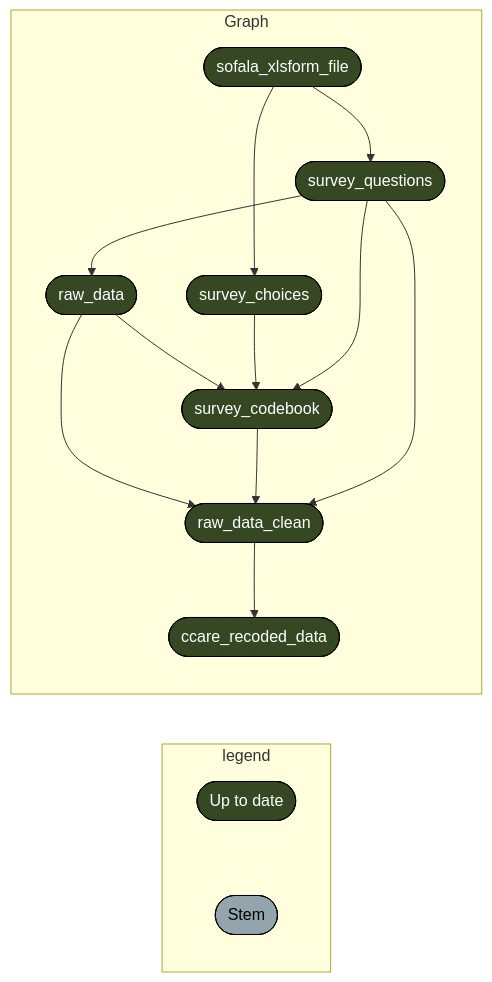
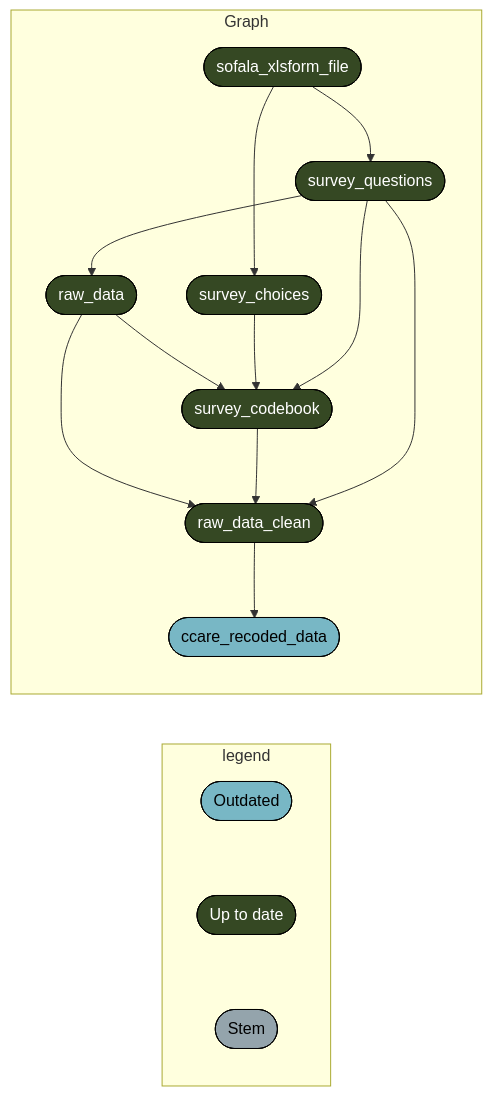
One commit to katilingban/mozambique-s3m changed the fourth of 5 diagrams in README.md. Above: the diagram before and after it, drawn with Mermaid. The commit also changed other lines of this file and 4 other files, not shown here.

````diff
--- a/README.md
+++ b/README.md
@@ -127,21 +127,24 @@
 ``` mermaid
 graph LR
   subgraph legend
+    x0a52b03877696646([""Outdated""]):::outdated --- x7420bd9270f8d27d([""Up to date""]):::uptodate
     x7420bd9270f8d27d([""Up to date""]):::uptodate --- xbf4603d6c2c2ad6b([""Stem""]):::none
   end
   subgraph Graph
+    x136e4e85e6851637(["raw_data"]):::uptodate --> xfcfc1959dbba8ed3(["survey_codebook"]):::uptodate
+    x5aed27afbde18e19(["survey_choices"]):::uptodate --> xfcfc1959dbba8ed3(["survey_codebook"]):::uptodate
+    x0c65864d89dfd824(["survey_questions"]):::uptodate --> xfcfc1959dbba8ed3(["survey_codebook"]):::uptodate
     x0c65864d89dfd824(["survey_questions"]):::uptodate --> x136e4e85e6851637(["raw_data"]):::uptodate
+    x09e58614f2343db8(["raw_data_clean"]):::uptodate --> x3c8b244f6e4168fe(["ccare_recoded_data"]):::outdated
     x136e4e85e6851637(["raw_data"]):::uptodate --> x09e58614f2343db8(["raw_data_clean"]):::uptodate
     xfcfc1959dbba8ed3(["survey_codebook"]):::uptodate --> x09e58614f2343db8(["raw_data_clean"]):::uptodate
     x0c65864d89dfd824(["survey_questions"]):::uptodate --> x09e58614f2343db8(["raw_data_clean"]):::uptodate
     x52eeb21c389d52d8(["sofala_xlsform_file"]):::uptodate --> x0c65864d89dfd824(["survey_questions"]):::uptodate
-    x136e4e85e6851637(["raw_data"]):::uptodate --> xfcfc1959dbba8ed3(["survey_codebook"]):::uptodate
-    x5aed27afbde18e19(["survey_choices"]):::uptodate --> xfcfc1959dbba8ed3(["survey_codebook"]):::uptodate
-    x0c65864d89dfd824(["survey_questions"]):::uptodate --> xfcfc1959dbba8ed3(["survey_codebook"]):::uptodate
     x52eeb21c389d52d8(["sofala_xlsform_file"]):::uptodate --> x5aed27afbde18e19(["survey_choices"]):::uptodate
-    x09e58614f2343db8(["raw_data_clean"]):::uptodate --> x3c8b244f6e4168fe(["ccare_recoded_data"]):::uptodate
   end
+  classDef outdated stroke:#000000,color:#000000,fill:#78B7C5;
   classDef uptodate stroke:#000000,color:#ffffff,fill:#354823;
   classDef none stroke:#000000,color:#000000,fill:#94a4ac;
   linkStyle 0 stroke-width:0px;
+  linkStyle 1 stroke-width:0px;
 ```
````
